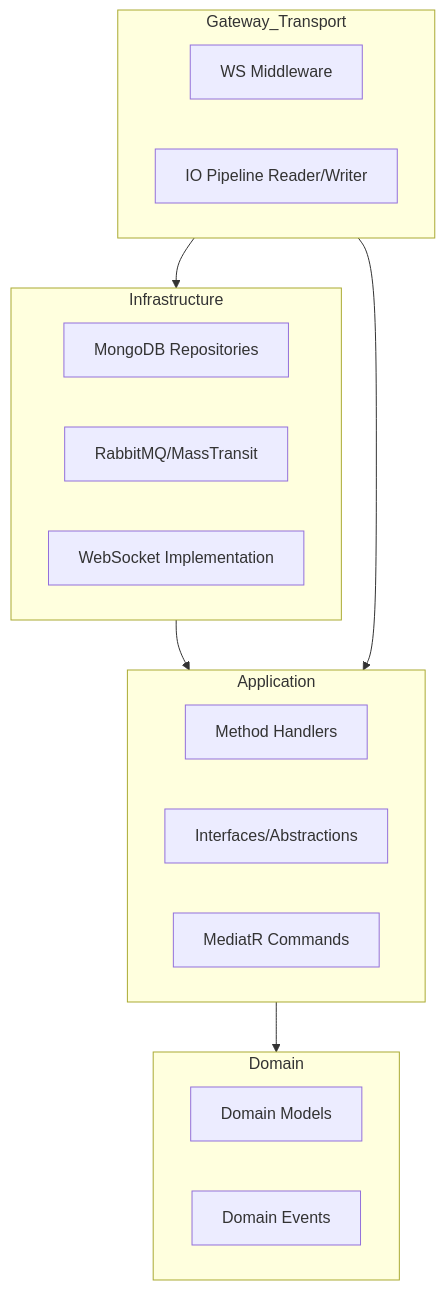
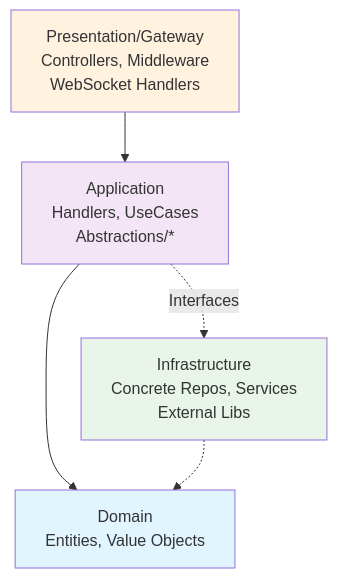
Before and after one commit to abanoubsamer/ChatSystem: the first of 6 diagrams in docs/architecture-improvements.md, drawn with Mermaid. The commit also changed other lines of this file, not shown here.

````diff
--- a/docs/architecture-improvements.md
+++ b/docs/architecture-improvements.md
@@ -64,29 +22,17 @@
 ```mermaid
-graph TD
-    subgraph Domain
-        Entities[Domain Models]
-        Events[Domain Events]
-    end
-
-    subgraph Application
-        Handlers[Method Handlers]
-        Abstractions[Interfaces/Abstractions]
-        Commands[MediatR Commands]
-    end
-
-    subgraph Infrastructure
-        Persistence[MongoDB Repositories]
-        Messaging[RabbitMQ/MassTransit]
-        WS[WebSocket Implementation]
-    end
-
-    subgraph Gateway_Transport
-        Middleware[WS Middleware]
-        Pipeline[IO Pipeline Reader/Writer]
-    end
-
+graph TB
+    Domain[Domain<br/>Entities, Value Objects]
+    Application[Application<br/>Handlers, UseCases<br/>Abstractions/*]
+    Infrastructure[Infrastructure<br/>Concrete Repos, Services<br/>External Libs]
+    Presentation[Presentation/Gateway<br/>Controllers, Middleware<br/>WebSocket Handlers]
+    
+    Presentation --> Application
     Application --> Domain
-    Infrastructure --> Application
-    Gateway_Transport --> Infrastructure
-    Gateway_Transport --> Application
+    Application -.->|Interfaces| Infrastructure
+    Infrastructure -.-> Domain
+    
+    style Domain fill:#e1f5fe
+    style Application fill:#f3e5f5
+    style Infrastructure fill:#e8f5e8
+    style Presentation fill:#fff3e0
 ```
````
